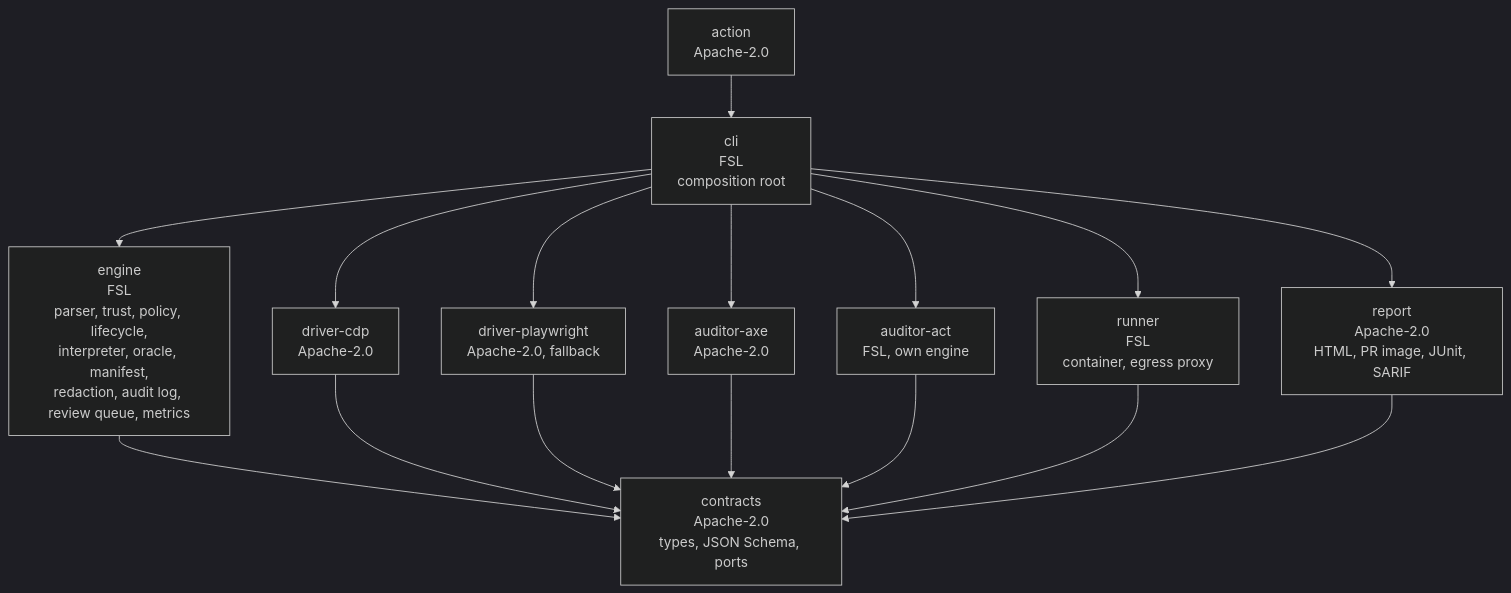
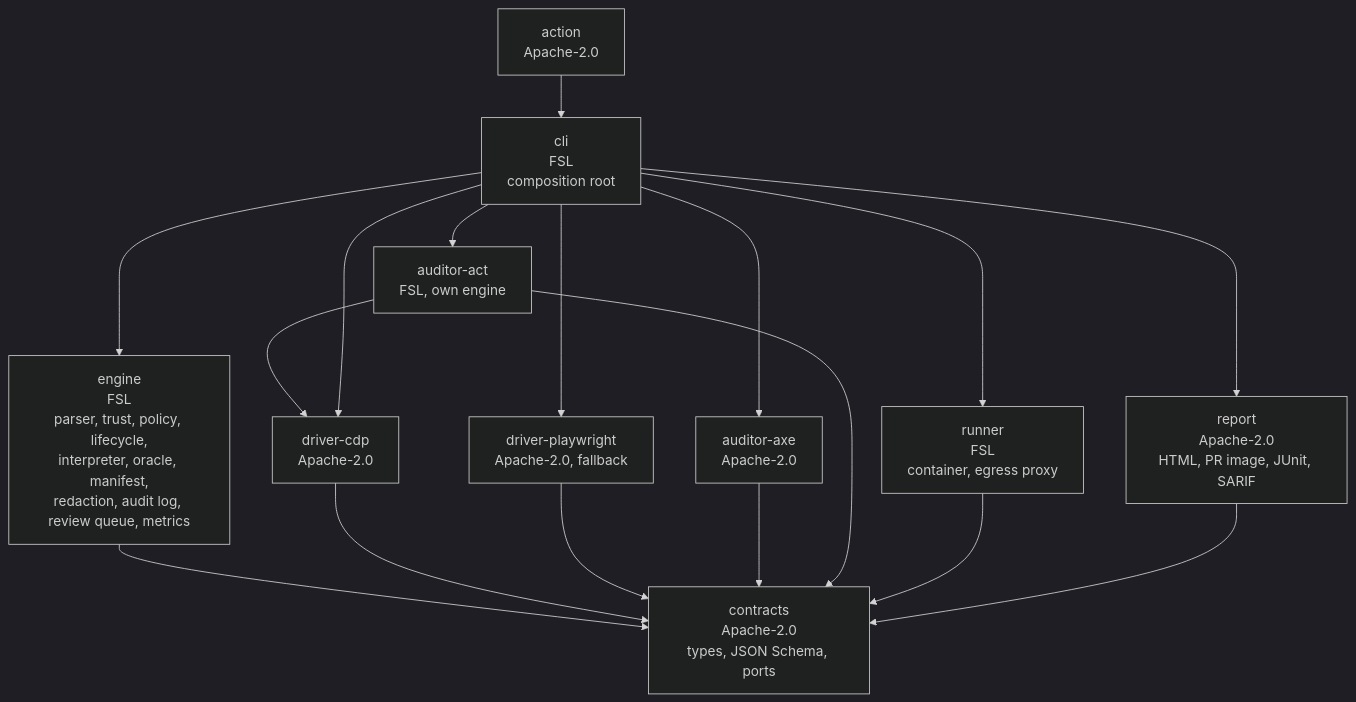
Before and after one commit to naovixen/revisum: the second of 4 diagrams in docs/system-design.md, drawn with Mermaid (dark theme). The commit also changed other lines of this file and 3 other files, not shown here.

First line of the commit message:
Allow auditor-act to use driver-cdp; keep the research commit in one file

````diff
--- a/docs/system-design.md
+++ b/docs/system-design.md
@@ -77,22 +77,23 @@
 ```mermaid
 flowchart TB
   contracts[contracts<br/>Apache-2.0<br/>types, JSON Schema, ports]
   engine[engine<br/>FSL<br/>parser, trust, policy, lifecycle,<br/>interpreter, oracle, manifest,<br/>redaction, audit log, review queue, metrics]
   cdp[driver-cdp<br/>Apache-2.0]
   pw[driver-playwright<br/>Apache-2.0, fallback]
   axe[auditor-axe<br/>Apache-2.0]
   act[auditor-act<br/>FSL, own engine]
   runner[runner<br/>FSL<br/>container, egress proxy]
   report[report<br/>Apache-2.0<br/>HTML, PR image, JUnit, SARIF]
   cli[cli<br/>FSL<br/>composition root]
   action[action<br/>Apache-2.0]
   engine --> contracts
   cdp --> contracts
   pw --> contracts
   axe --> contracts
   act --> contracts
+  act --> cdp
   runner --> contracts
   report --> contracts
   cli --> engine & cdp & pw & axe & act & runner & report
   action --> cli
 ```
````
